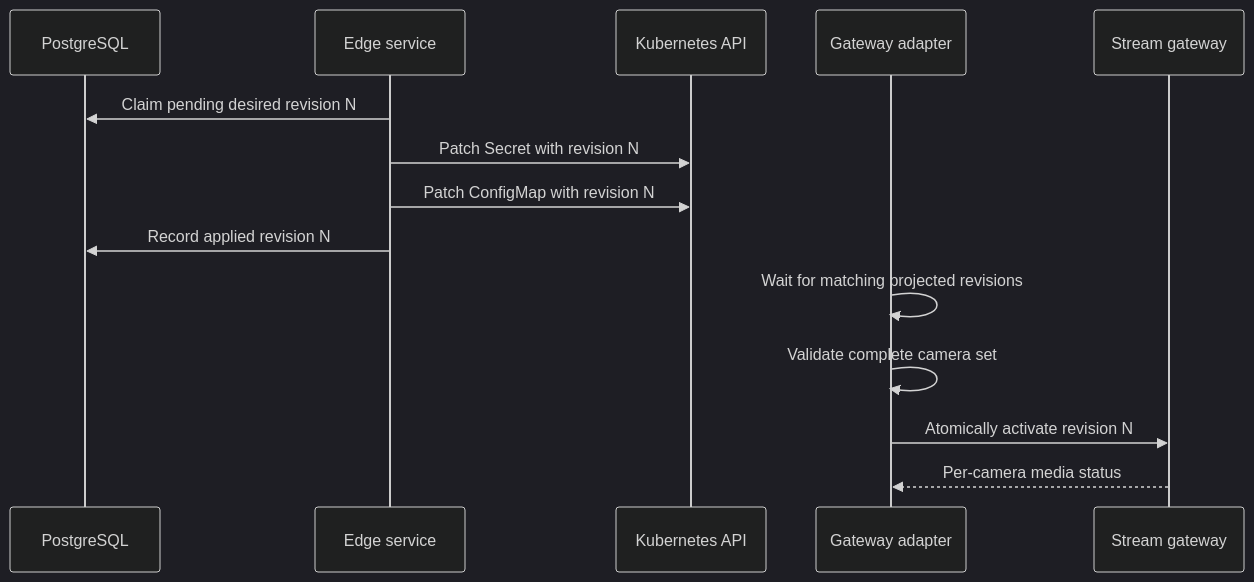
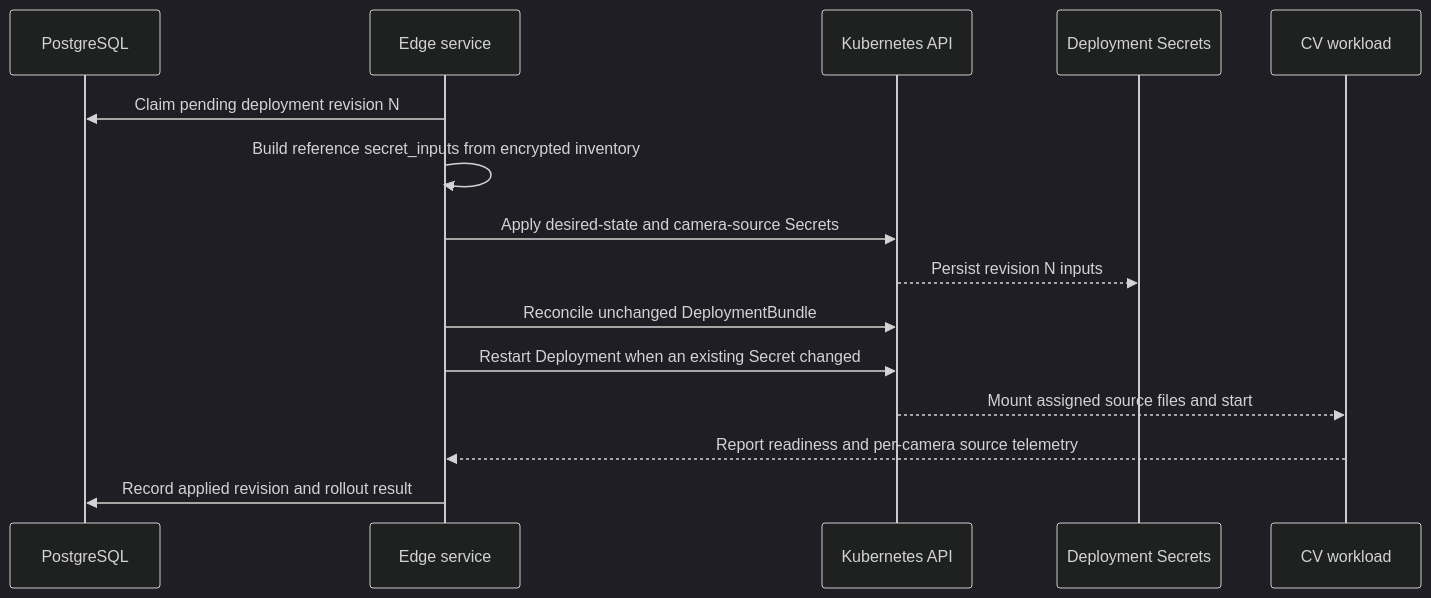
The third of 4 diagrams in LLD_PLAN.md (sayandip-apexflo/tvt-prototype), drawn with Mermaid (dark theme) before and after one commit. The commit also changed other lines of this file and 42 other files, not shown here.

````diff
--- a/LLD_PLAN.md
+++ b/LLD_PLAN.md
@@ -499,17 +501,18 @@
 ```mermaid
 sequenceDiagram
     participant DB as PostgreSQL
     participant Edge as Edge service
     participant API as Kubernetes API
-    participant Adapter as Gateway adapter
-    participant Gateway as Stream gateway
+    participant Secret as Deployment Secrets
+    participant Pod as CV workload
 
-    Edge->>DB: Claim pending desired revision N
-    Edge->>API: Patch Secret with revision N
-    Edge->>API: Patch ConfigMap with revision N
-    Edge->>DB: Record applied revision N
-    Adapter->>Adapter: Wait for matching projected revisions
-    Adapter->>Adapter: Validate complete camera set
-    Adapter->>Gateway: Atomically activate revision N
-    Gateway-->>Adapter: Per-camera media status
+    Edge->>DB: Claim pending deployment revision N
+    Edge->>Edge: Build reference secret_inputs from encrypted inventory
+    Edge->>API: Apply desired-state and camera-source Secrets
+    API-->>Secret: Persist revision N inputs
+    Edge->>API: Reconcile unchanged DeploymentBundle
+    Edge->>API: Restart Deployment when an existing Secret changed
+    API-->>Pod: Mount assigned source files and start
+    Pod-->>Edge: Report readiness and per-camera source telemetry
+    Edge->>DB: Record applied revision and rollout result
 ```
````
